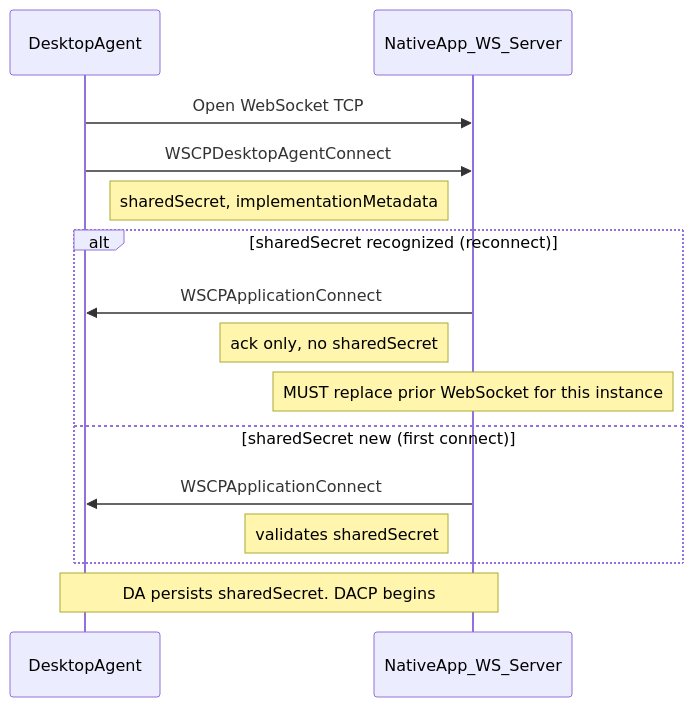
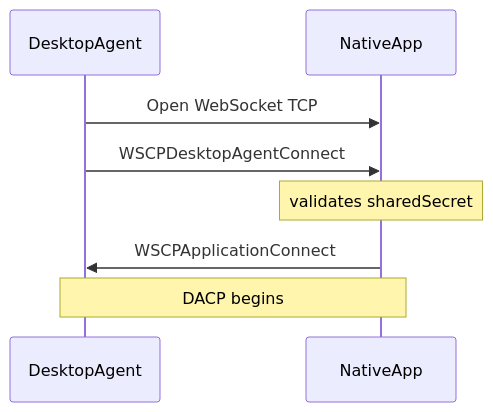
Before and after one commit to finos/FDC3: the second of 3 diagrams in website/docs/api/specs/webSocketConnectionProtocol.md, drawn with Mermaid. The commit also changed other lines of this file, not shown here.

````diff
--- a/website/docs/api/specs/webSocketConnectionProtocol.md
+++ b/website/docs/api/specs/webSocketConnectionProtocol.md
@@ -261,18 +221,12 @@
 ```mermaid
 sequenceDiagram
     participant DA as DesktopAgent
-    participant App as NativeApp_WS_Server
+    participant App as NativeApp
 
     DA->>App: Open WebSocket TCP
     DA->>App: WSCPDesktopAgentConnect
-    Note right of DA: sharedSecret, implementationMetadata
-    alt sharedSecret recognized (reconnect)
-        App->>DA: WSCPApplicationConnect
-        Note left of App: ack only, no sharedSecret
-        Note over App: MUST replace prior WebSocket for this instance
-    else sharedSecret new (first connect)
-        App->>DA: WSCPApplicationConnect
-        Note left of App: validates sharedSecret
-    end
-    Note over DA,App: DA persists sharedSecret. DACP begins
+    Note over App: validates sharedSecret
+    App->>DA: WSCPApplicationConnect
+        
+    Note over DA,App: DACP begins
 ```
````
